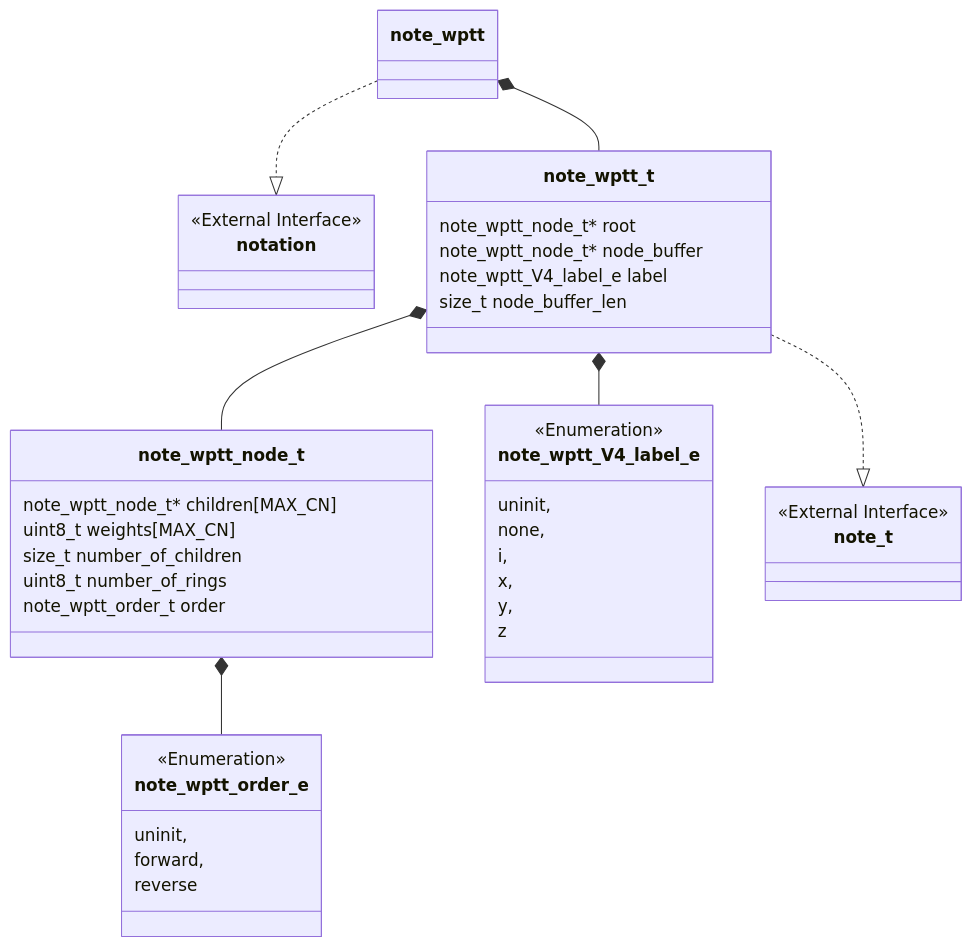
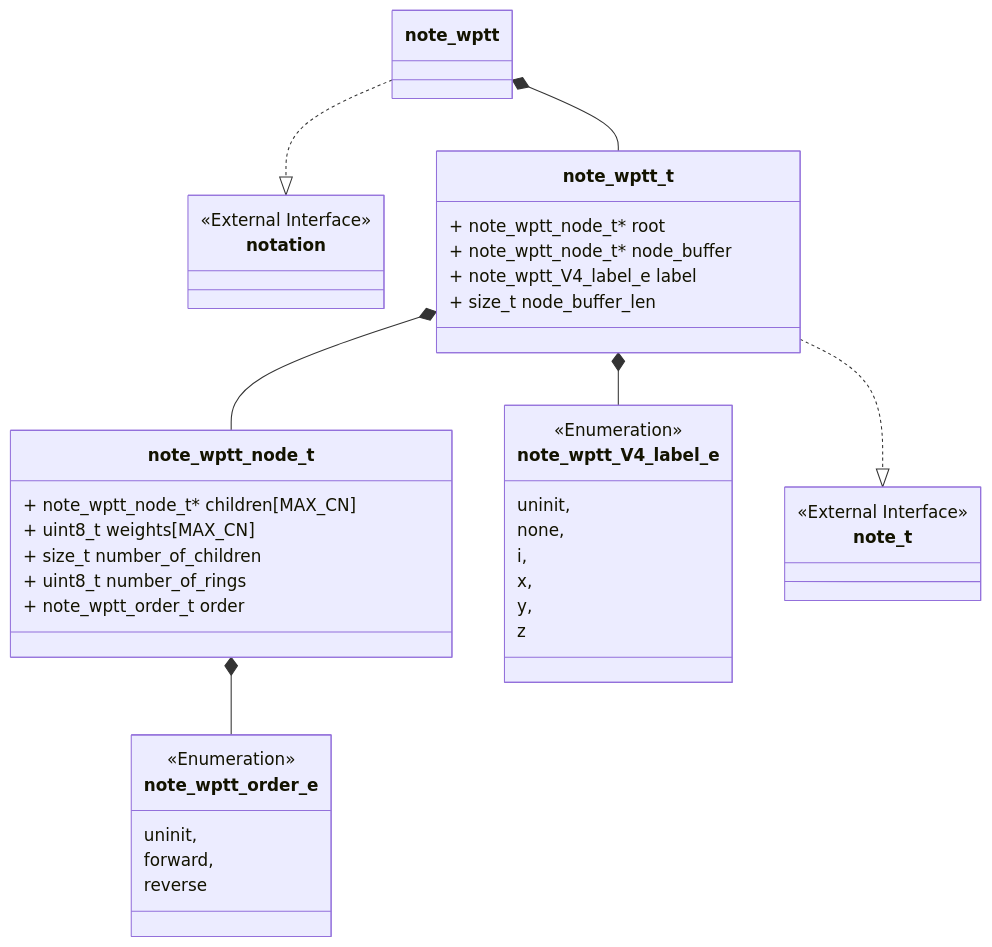
Before and after one commit to Joecstarr/thesis: the first of 8 diagrams in sections/software/documentation/notations/arborescent_planar_tangle_tree.md, drawn with Mermaid. The commit also changed 5 other files, not shown here.

````diff
--- a/sections/software/documentation/notations/arborescent_planar_tangle_tree.md
+++ b/sections/software/documentation/notations/arborescent_planar_tangle_tree.md
@@ -8,52 +8,52 @@
 ```mermaid
 classDiagram
     note_wptt ..|> notation
     note_wptt *-- note_wptt_t
     note_wptt_t *-- note_wptt_node_t
     note_wptt_node_t *-- note_wptt_order_e
     note_wptt_t *-- note_wptt_V4_label_e
 
     note_wptt_t ..|> note_t
     class note_t {
         <<External Interface>>
     }
     class note_wptt_t {
 
-        note_wptt_node_t* root
-        note_wptt_node_t* node_buffer
-        note_wptt_V4_label_e label
-        size_t node_buffer_len
+       + note_wptt_node_t* root
+       + note_wptt_node_t* node_buffer
+       + note_wptt_V4_label_e label
+       + size_t node_buffer_len
     }
 
     class note_wptt_order_e {
         <<Enumeration>>
         uninit,
         forward,
         reverse
     }
 
     class note_wptt_V4_label_e {
         <<Enumeration>>
         uninit,
         none,
         i,
         x,
         y,
         z
     }
 
     class note_wptt_node_t {
 
-        note_wptt_node_t* children[MAX_CN]
-        uint8_t weights[MAX_CN]
-        size_t number_of_children
-        uint8_t number_of_rings
-        note_wptt_order_t order
+       + note_wptt_node_t* children[MAX_CN]
+       + uint8_t weights[MAX_CN]
+       + size_t number_of_children
+       + uint8_t number_of_rings
+       + note_wptt_order_t order
     }
 
     class notation {
         <<External Interface>>
     }
 
 
 ```
````
